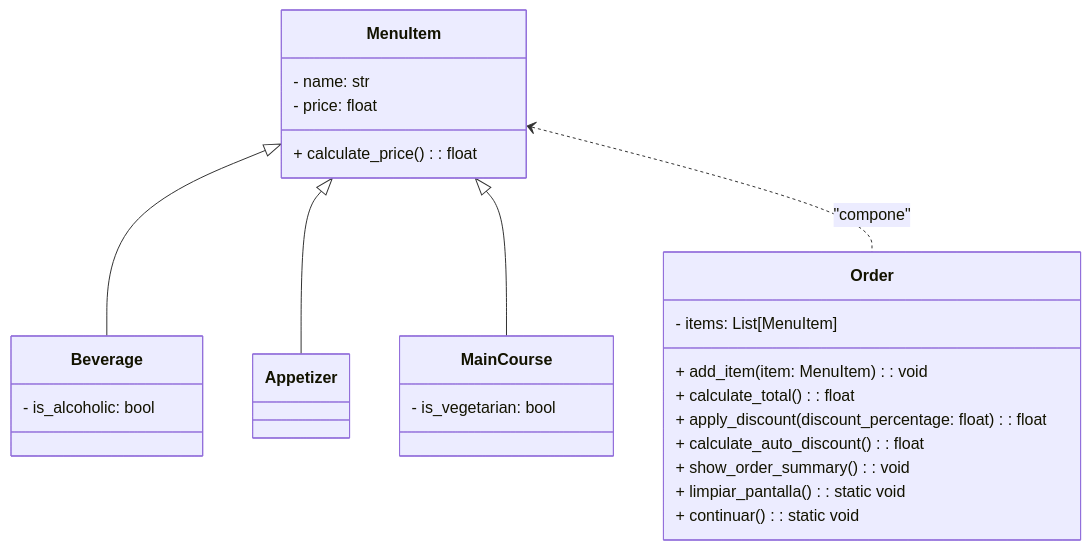
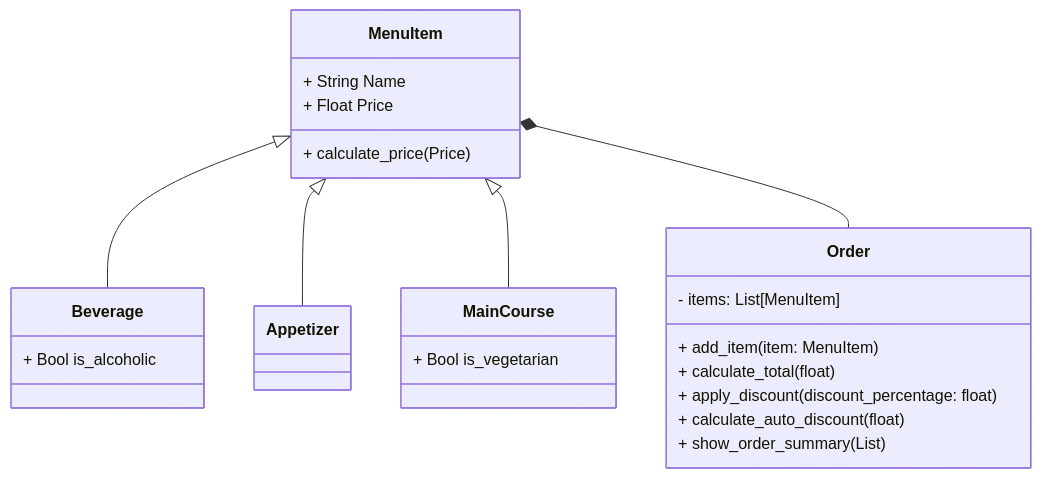
Before and after one commit to JuanPRodriguezzz/Reto_03_POO: the diagram in README.md, drawn with Mermaid. The commit also changed other lines of this file, not shown here.

````diff
--- a/README.md
+++ b/README.md
@@ -287,35 +130,33 @@
 ```mermaid
 classDiagram
     class MenuItem {
-        - name: str
-        - price: float
-        + calculate_price(): float
+        + String Name
+        + Float Price
+        + calculate_price(Price)
     }
 
     class Beverage {
-        - is_alcoholic: bool
+        + Bool is_alcoholic
     }
     MenuItem <|-- Beverage
 
     class Appetizer {
     }
     MenuItem <|-- Appetizer
 
     class MainCourse {
-        - is_vegetarian: bool
+        + Bool is_vegetarian
     }
     MenuItem <|-- MainCourse
 
     class Order {
         - items: List[MenuItem]
-        + add_item(item: MenuItem): void
-        + calculate_total(): float
-        + apply_discount(discount_percentage: float): float
-        + calculate_auto_discount(): float
-        + show_order_summary(): void
-        + limpiar_pantalla(): static void
-        + continuar(): static void
+        + add_item(item: MenuItem)
+        + calculate_total(float)
+        + apply_discount(discount_percentage: float)
+        + calculate_auto_discount(float) 
+        + show_order_summary(List)
     }
 
-    MenuItem <.. Order : "compone"
+    MenuItem *-- Order : 
 ```
````
